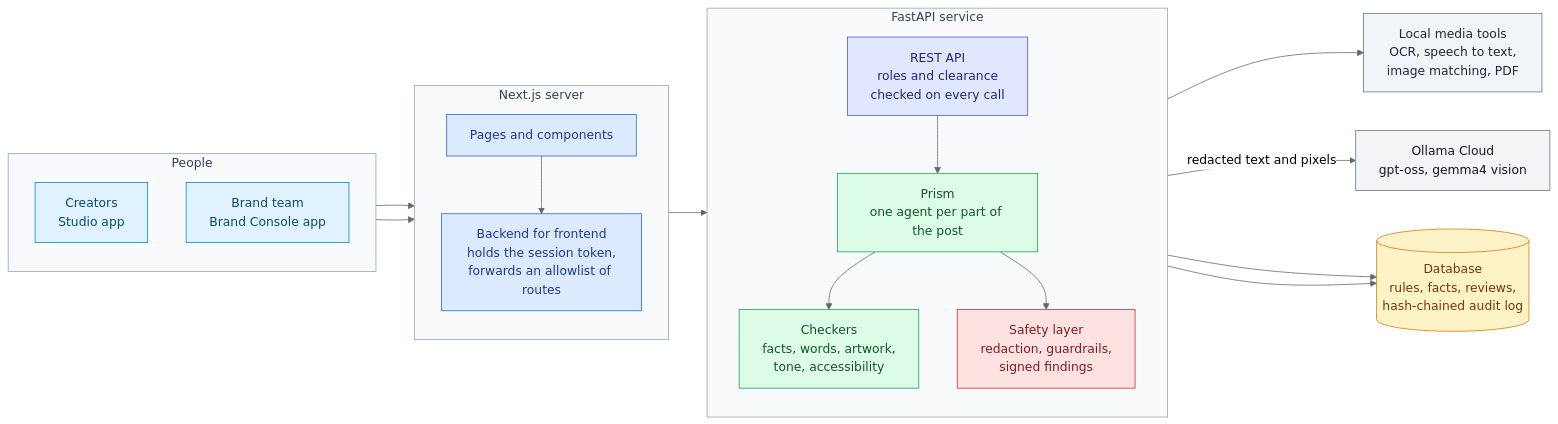
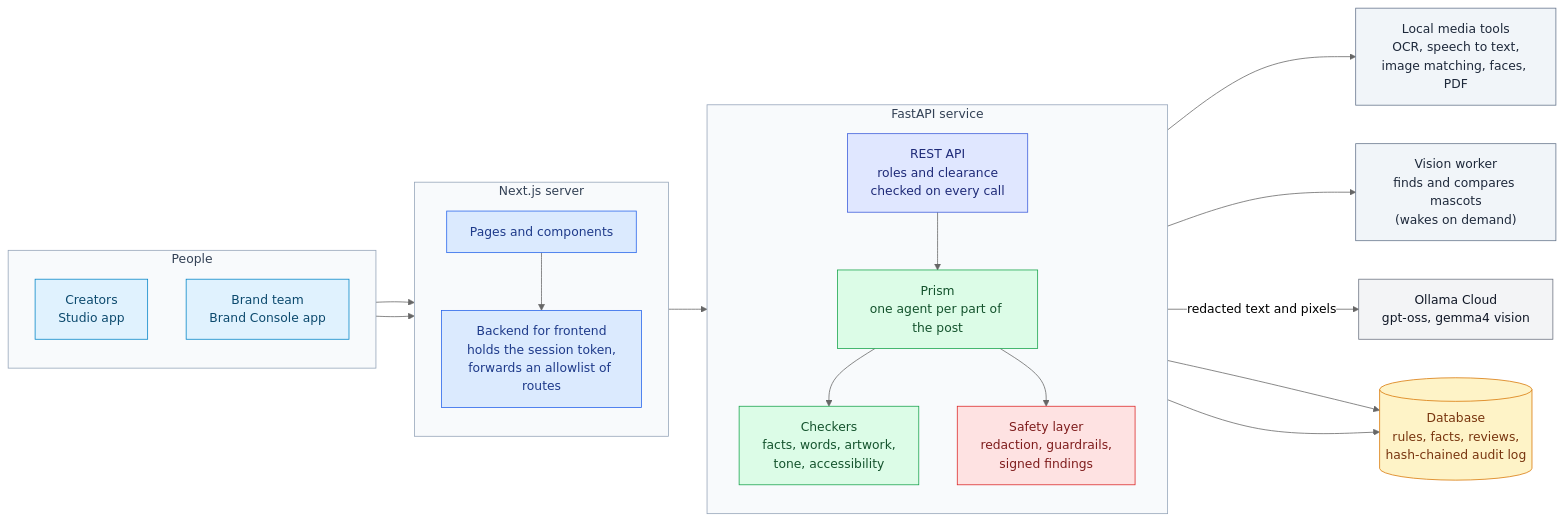
Before and after one commit to varadarajjborkar/verytas: the second of 3 diagrams in README.md, drawn with Mermaid (neutral theme). The commit also changed other lines of this file and 3 other files, not shown here.

First line of the commit message:
docs: the vision worker, faces, drawn text and the rule-aware fixes, with their measurements

````diff
--- a/README.md
+++ b/README.md
@@ -76,44 +77,46 @@
 ```mermaid
 flowchart LR
     subgraph People
         direction TB
         CR["Creators<br/>Studio app"]:::client
         BT["Brand team<br/>Brand Console app"]:::client
     end
 
     subgraph Web["Next.js server"]
         direction TB
         UI["Pages and components"]:::web
         BFF["Backend for frontend<br/>holds the session token,<br/>forwards an allowlist of routes"]:::web
     end
 
     subgraph Backend["FastAPI service"]
         direction TB
         API["REST API<br/>roles and clearance<br/>checked on every call"]:::api
         PRISM["Prism<br/>one agent per part of the post"]:::core
         CHECKS["Checkers<br/>facts, words, artwork,<br/>tone, accessibility"]:::core
         GUARD["Safety layer<br/>redaction, guardrails,<br/>signed findings"]:::sec
     end
 
-    LOCAL["Local media tools<br/>OCR, speech to text,<br/>image matching, PDF"]:::local
+    LOCAL["Local media tools<br/>OCR, speech to text,<br/>image matching, faces, PDF"]:::local
+    VISION["Vision worker<br/>finds and compares mascots<br/>(wakes on demand)"]:::local
     MODELS["Ollama Cloud<br/>gpt-oss, gemma4 vision"]:::ext
     DB[("Database<br/>rules, facts, reviews,<br/>hash-chained audit log")]:::data
 
     CR & BT --> UI --> BFF --> API --> PRISM
     PRISM --> CHECKS
     PRISM --> LOCAL
+    PRISM --> VISION
     PRISM --> GUARD -- "redacted text and pixels" --> MODELS
     API & PRISM --> DB
 
     style People fill:#f8fafc,stroke:#94a3b8,color:#334155
     style Web fill:#f8fafc,stroke:#94a3b8,color:#334155
     style Backend fill:#f8fafc,stroke:#94a3b8,color:#334155
     classDef client fill:#e0f2fe,stroke:#0284c7,color:#0c4a6e
     classDef web fill:#dbeafe,stroke:#2563eb,color:#1e3a8a
     classDef api fill:#e0e7ff,stroke:#3b5bdb,color:#1e2a78
     classDef core fill:#dcfce7,stroke:#16a34a,color:#14532d
     classDef sec fill:#fee2e2,stroke:#dc2626,color:#7f1d1d
     classDef local fill:#f1f5f9,stroke:#64748b,color:#1e293b
     classDef ext fill:#f3f4f6,stroke:#6b7280,color:#111827
     classDef data fill:#fef3c7,stroke:#d97706,color:#78350f
 ```
````
